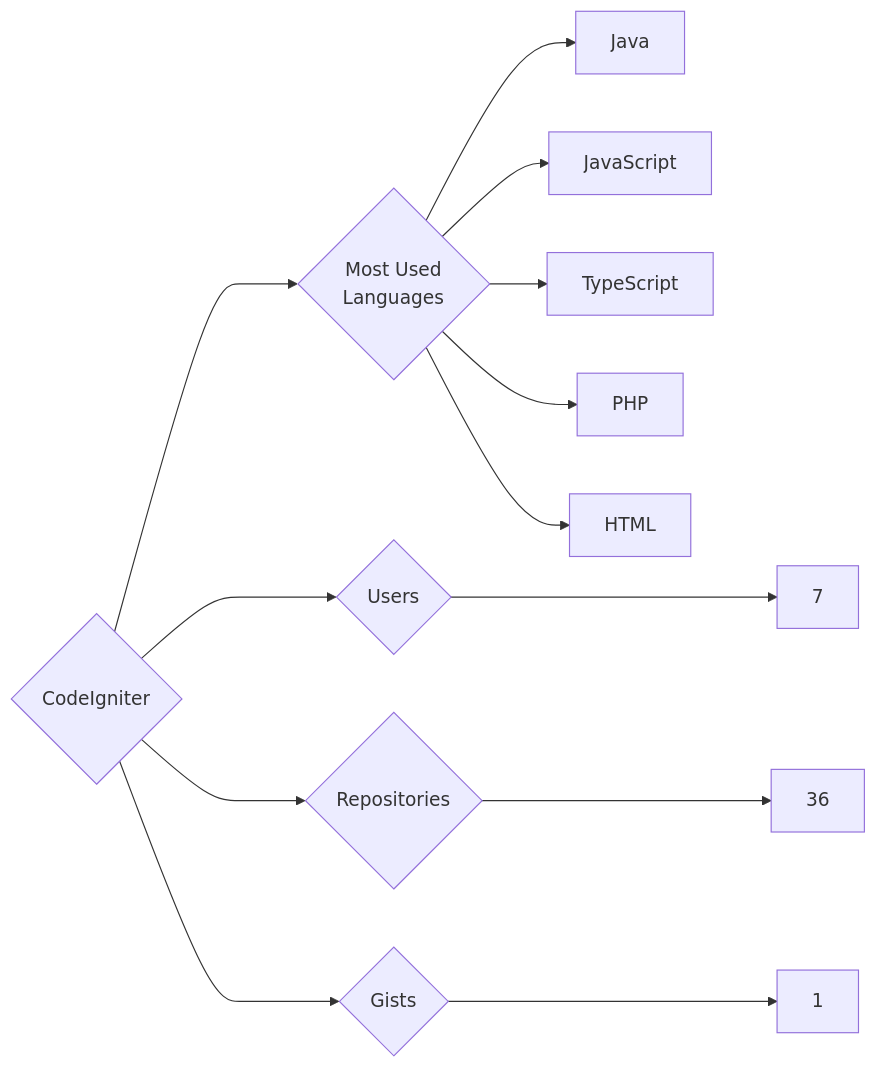
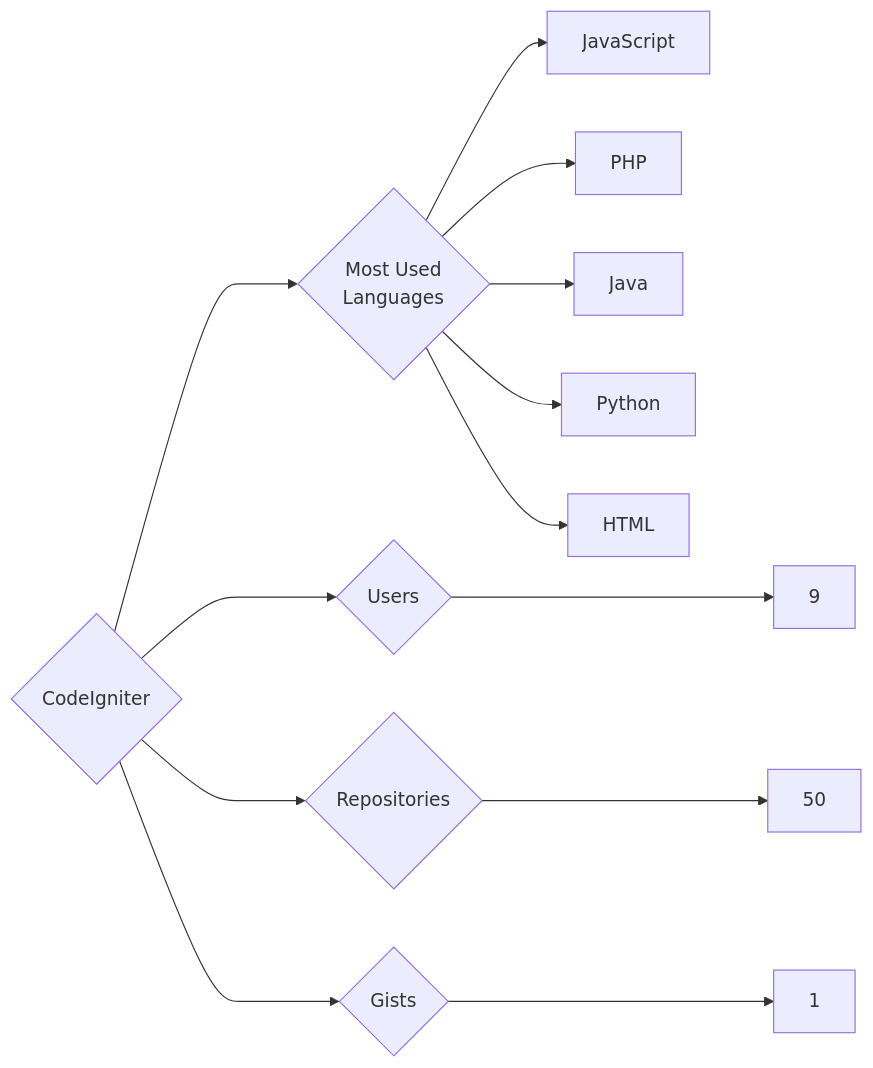
Before and after one commit to trickest/insiders: the diagram in targets/CodeIgniter/README.md, drawn with Mermaid. The commit also changed 1141 other files, not shown here.

````diff
--- a/targets/CodeIgniter/README.md
+++ b/targets/CodeIgniter/README.md
@@ -3,13 +3,13 @@
 ```mermaid
 graph LR
 COMPANY_NAME{CodeIgniter}
-COMPANY_NAME ---> U{Users} ---> UN[7]
-COMPANY_NAME ---> R{Repositories} ---> RN[36]
+COMPANY_NAME ---> U{Users} ---> UN[9]
+COMPANY_NAME ---> R{Repositories} ---> RN[50]
 COMPANY_NAME ---> G{Gists} ---> GN[1]
 COMPANY_NAME ---> ML{Most Used<br>Languages}
+ML --> JavaScript[JavaScript]
+ML --> PHP[PHP]
 ML --> Java[Java]
-ML --> JavaScript[JavaScript]
-ML --> TypeScript[TypeScript]
-ML --> PHP[PHP]
+ML --> Python[Python]
 ML --> HTML[HTML]
 ```
````
